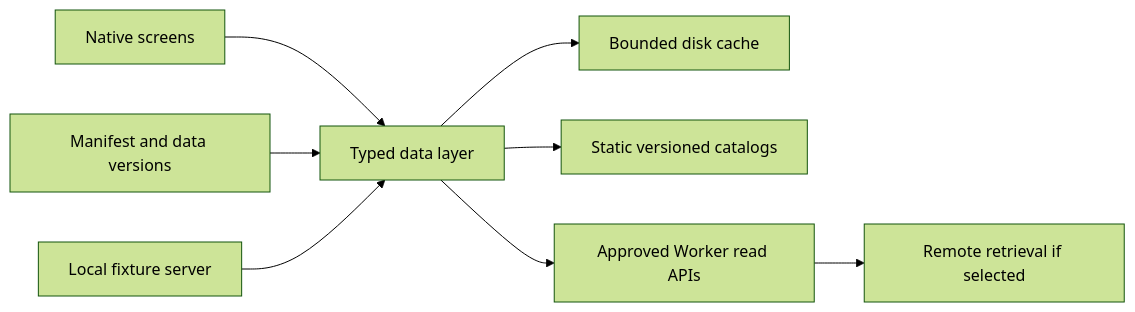
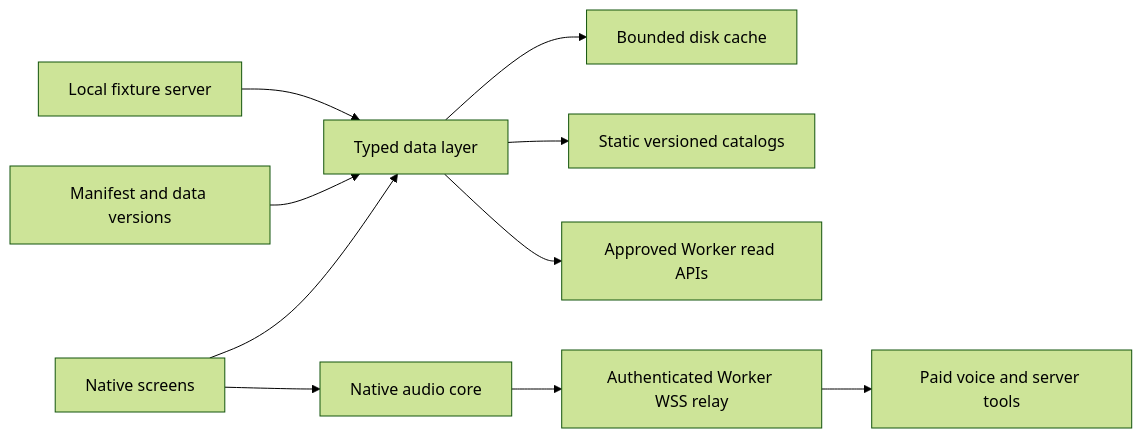
One commit to jaketracey/opax changed the diagram in docs/IOS-API-CONTRACT.md. Above: the diagram before and after it, drawn with Mermaid (forest theme). The commit also changed other lines of this file, not shown here.

Commit message:
docs(ios): correct API costs and define v1 voice session contract

````diff
--- a/docs/IOS-API-CONTRACT.md
+++ b/docs/IOS-API-CONTRACT.md
@@ -474,10 +564,12 @@
 ```mermaid
 flowchart LR
   S[Native screens] --> D[Typed data layer]
   D --> C[Bounded disk cache]
   D --> P[Static versioned catalogs]
   D --> A[Approved Worker read APIs]
-  A --> R[Remote retrieval if selected]
+  S --> V[Native audio core]
+  V --> W[Authenticated Worker WSS relay]
+  W --> R[Paid voice and server tools]
   M[Manifest and data versions] --> D
   F[Local fixture server] --> D
 ```
````
